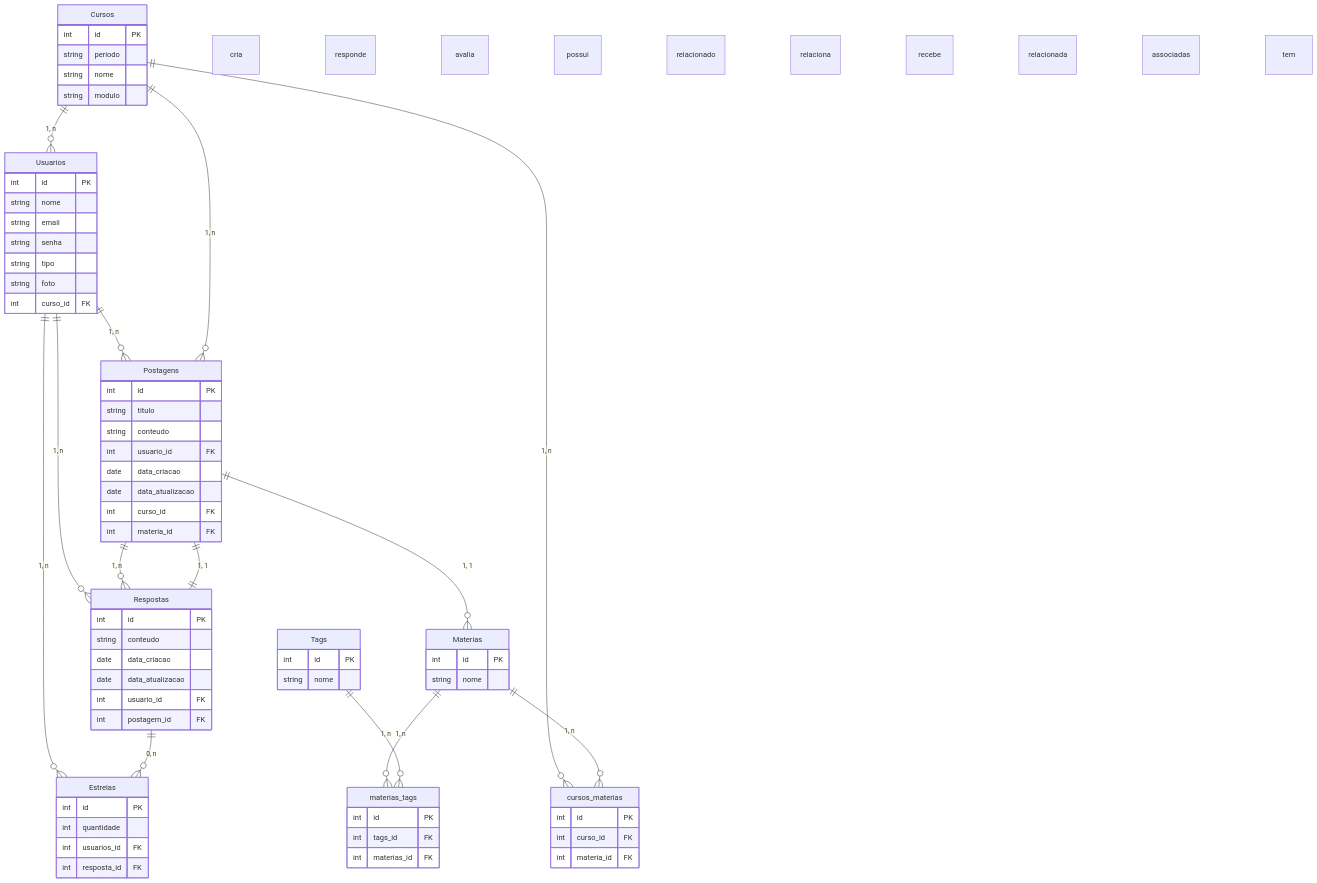
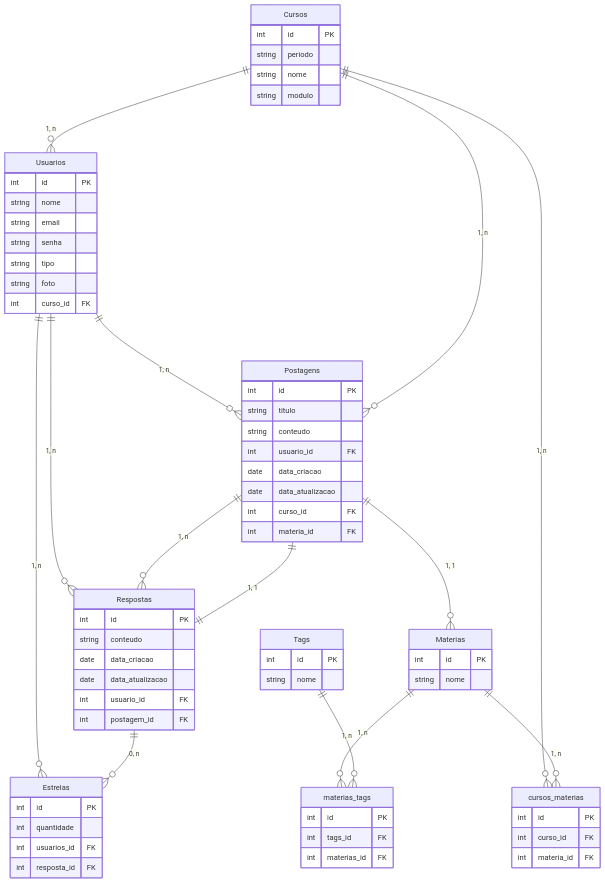
Before and after one commit to rudr1gu/API-Conectados-JAVA: the diagram in README.md, drawn with Mermaid.

Commit message:
:sparkles: feat: simplify relationship notation in ER diagram for clarity

````diff
--- a/README.md
+++ b/README.md
@@ -3,82 +3,82 @@
 ```mermaid
 erDiagram
     Usuarios {
         int id PK
         string nome
         string email
         string senha
         string tipo
         string foto
         int curso_id FK
     }
 
     Cursos {
         int id PK
         string periodo
         string nome
         string modulo
     }
 
     Postagens {
         int id PK
         string titulo
         string conteudo
         int usuario_id FK
         date data_criacao
         date data_atualizacao
         int curso_id FK
         int materia_id FK
     }
 
     Respostas {
         int id PK
         string conteudo
         date data_criacao
         date data_atualizacao
         int usuario_id FK
         int postagem_id FK
     }
 
     Estrelas {
         int id PK
         int quantidade
         int usuarios_id FK
         int resposta_id FK
     }
 
     Materias {
         int id PK
         string nome
     }
 
     Tags {
         int id PK
         string nome
     }
 
     cursos_materias {
         int id PK
         int curso_id FK
         int materia_id FK
     }
 
     materias_tags {
         int id PK
         int tags_id FK
         int materias_id FK
     }
 
-    Usuarios ||--o{ Postagens : "1, n" "cria"
-    Usuarios ||--o{ Respostas : "1, n" "responde"
-    Usuarios ||--o{ Estrelas : "1, n" "avalia"
-    Cursos ||--o{ Usuarios : "1, n" "possui"
-    Cursos ||--o{ Postagens : "1, n" "relacionado"
-    Cursos ||--o{ cursos_materias : "1, n" "relaciona"
-    Postagens ||--o{ Respostas : "1, n" "possui"
-    Respostas ||--|| Postagens : "1, 1" "recebe"
-    Postagens ||--o{ Materias : "1, 1" "relacionada"
-    Respostas ||--o{ Estrelas : "0, n" "recebe"
-    Materias ||--o{ materias_tags : "1, n" "associadas"
-    Tags ||--o{ materias_tags : "1, n" "tem"
-    Materias ||--o{ cursos_materias : "1, n" "relaciona"
+    Usuarios ||--o{ Postagens : "1, n"
+    Usuarios ||--o{ Respostas : "1, n"
+    Usuarios ||--o{ Estrelas : "1, n"
+    Cursos ||--o{ Usuarios : "1, n"
+    Cursos ||--o{ Postagens : "1, n"
+    Cursos ||--o{ cursos_materias : "1, n"
+    Postagens ||--o{ Respostas : "1, n"
+    Respostas ||--|| Postagens : "1, 1"
+    Postagens ||--o{ Materias : "1, 1"
+    Respostas ||--o{ Estrelas : "0, n"
+    Materias ||--o{ materias_tags : "1, n"
+    Tags ||--o{ materias_tags : "1, n"
+    Materias ||--o{ cursos_materias : "1, n"
 ```
````
